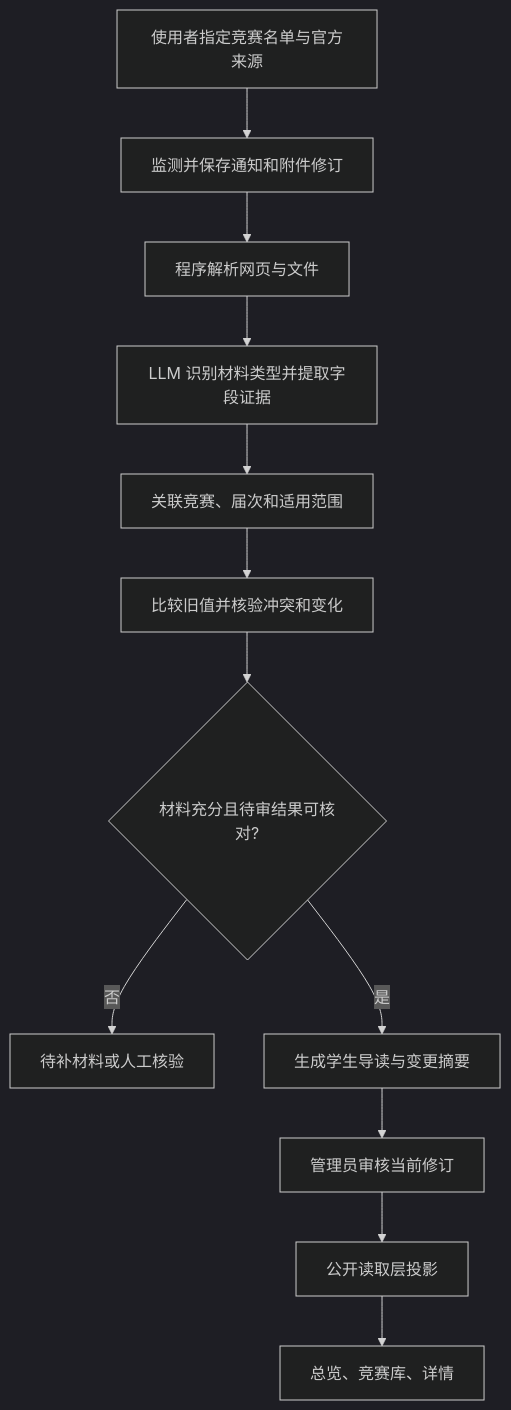
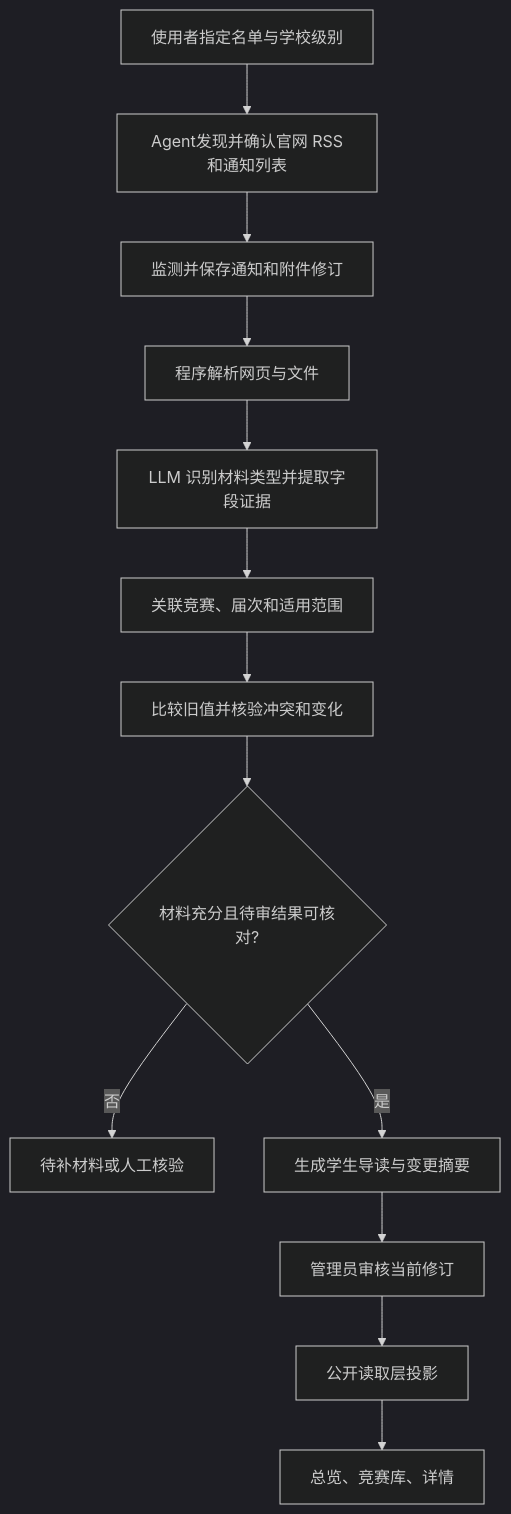
One commit to OceanFranky/ALL-NEWS changed the diagram in docs/competition-isolation.md. Above: the diagram before and after it, drawn with Mermaid (dark theme). The commit also changed other lines of this file and 3 other files, not shown here.

````diff
--- a/docs/competition-isolation.md
+++ b/docs/competition-isolation.md
@@ -57,14 +57,15 @@
 ```mermaid
 flowchart TD
-  A[使用者指定竞赛名单与官方来源] --> B[监测并保存通知和附件修订]
+  A[使用者指定名单与学校级别] --> A1[Agent发现并确认官网 RSS和通知列表]
+  A1 --> B[监测并保存通知和附件修订]
   B --> C[程序解析网页与文件]
   C --> D[LLM 识别材料类型并提取字段证据]
   D --> E[关联竞赛、届次和适用范围]
   E --> F[比较旧值并核验冲突和变化]
   F --> G{材料充分且待审结果可核对?}
   G -->|否| H[待补材料或人工核验]
   G -->|是| I[生成学生导读与变更摘要]
   I --> J[管理员审核当前修订]
   J --> K[公开读取层投影]
   K --> L[总览、竞赛库、详情]
 ```
````
